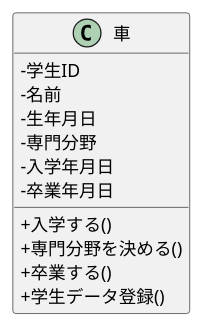
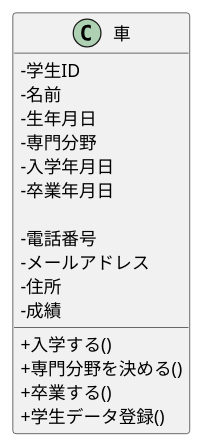
One commit to DolphinsUmbrella/ohara_uml changed the diagram in 05_web_ronbun/class.pu. Above: the diagram before and after it, drawn with PlantUML.

```diff
--- a/05_web_ronbun/class.pu
+++ b/05_web_ronbun/class.pu
@@ -1,19 +1,26 @@
 @startuml 車クラス
 
 skinparam classAttributeIconSize 0
 class 車 {
  -学生ID
  -名前
  -生年月日
  -専門分野
  -入学年月日
  -卒業年月日
 
+ '  copilotによる追加
+ -電話番号
+ -メールアドレス
+ '  copilotの予測を使用
+ -住所
+ -成績
+
  +入学する()
  +専門分野を決める()
  +卒業する()
  'シーケンス図をもとに追加
  +学生データ登録()
 }
 
 @enduml
```
